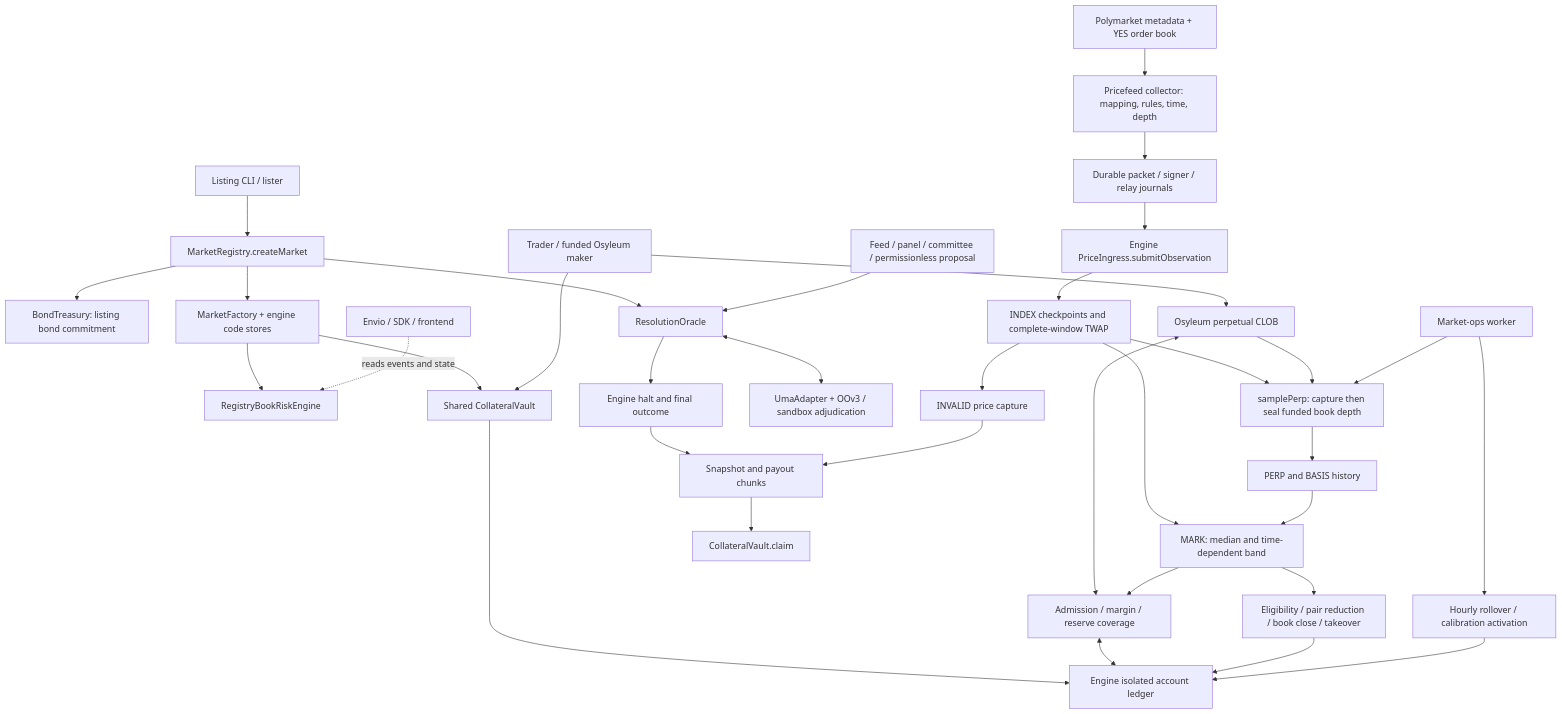
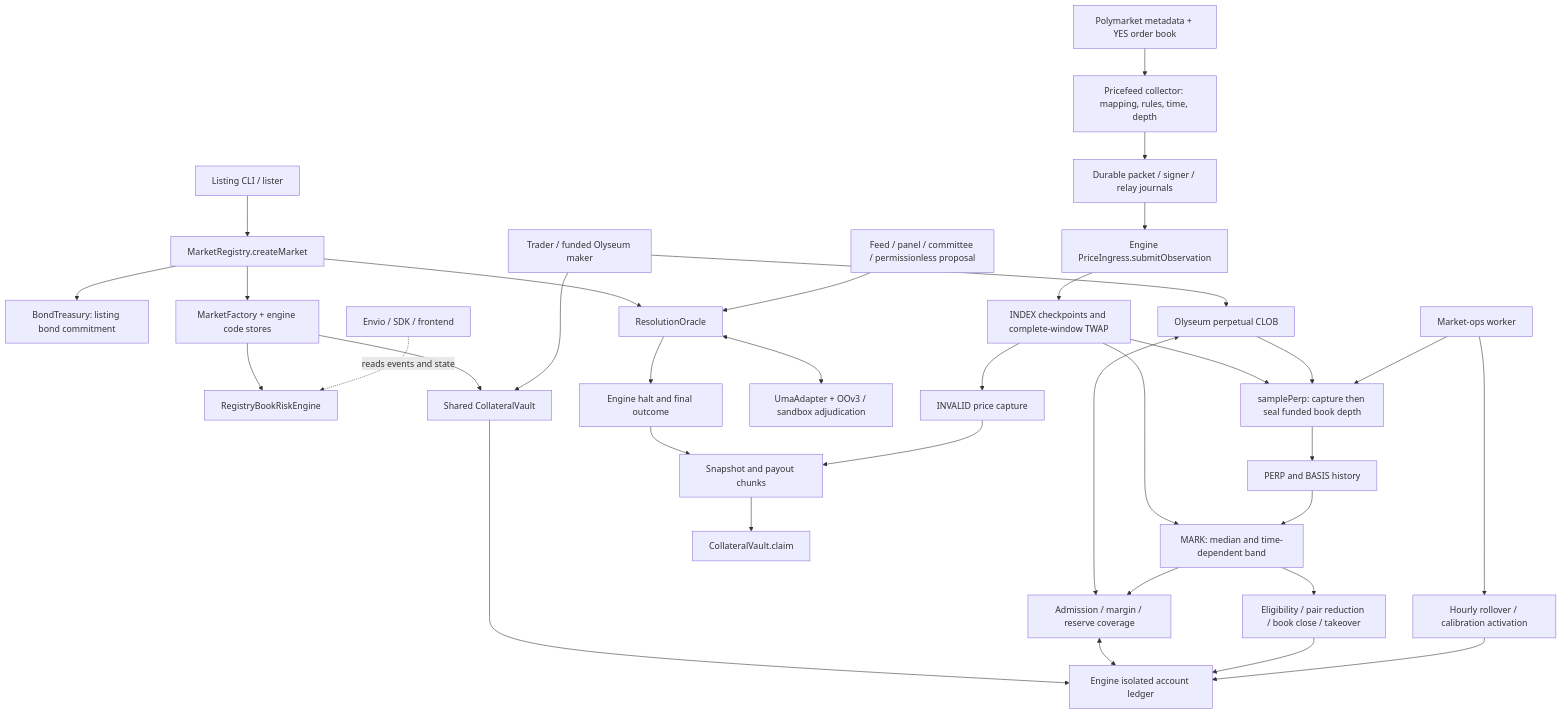
Before and after one commit to xipharis/Olyseum: the first of 2 diagrams in docs/implementation/NATIVE_MARKET_PLAN.md, drawn with Mermaid. The commit also changed other lines of this file and 63 other files, not shown here.

````diff
--- a/docs/implementation/NATIVE_MARKET_PLAN.md
+++ b/docs/implementation/NATIVE_MARKET_PLAN.md
@@ -20,40 +20,40 @@
 ```mermaid
 flowchart TD
     Listing[Listing CLI / lister] --> Registry[MarketRegistry.createMarket]
     Registry --> Treasury[BondTreasury: listing bond commitment]
     Registry --> Factory[MarketFactory + engine code stores]
     Factory --> Engine[RegistryBookRiskEngine]
     Factory --> Vault[Shared CollateralVault]
     Registry --> Oracle[ResolutionOracle]
 
     Poly[Polymarket metadata + YES order book] --> Collector[Pricefeed collector: mapping, rules, time, depth]
     Collector --> Publisher[Durable packet / signer / relay journals]
     Publisher --> Ingress[Engine PriceIngress.submitObservation]
     Ingress --> Index[INDEX checkpoints and complete-window TWAP]
 
-    Wallet[Trader / funded Osyleum maker] --> Vault
+    Wallet[Trader / funded Olyseum maker] --> Vault
     Vault --> Ledger[Engine isolated account ledger]
-    Wallet --> Book[Osyleum perpetual CLOB]
+    Wallet --> Book[Olyseum perpetual CLOB]
     Book <--> Risk[Admission / margin / reserve coverage]
     Risk <--> Ledger
     Index --> Sampler[samplePerp: capture then seal funded book depth]
     Book --> Sampler
     Sampler --> Series[PERP and BASIS history]
     Index --> Mark[MARK: median and time-dependent band]
     Series --> Mark
     Mark --> Risk
     Mark --> Liquidation[Eligibility / pair reduction / book close / takeover]
     Liquidation --> Ledger
     Keeper[Market-ops worker] --> Sampler
     Keeper --> Epoch[Hourly rollover / calibration activation]
     Epoch --> Ledger
 
     Evidence[Feed / panel / committee / permissionless proposal] --> Oracle
     Oracle <--> UMA[UmaAdapter + OOv3 / sandbox adjudication]
     Oracle --> Finality[Engine halt and final outcome]
     Index --> Invalid[INVALID price capture]
     Finality --> Preparation[Snapshot and payout chunks]
     Invalid --> Preparation
     Preparation --> Claims[CollateralVault.claim]
     Indexer[Envio / SDK / frontend] -. reads events and state .-> Engine
 ```
````
